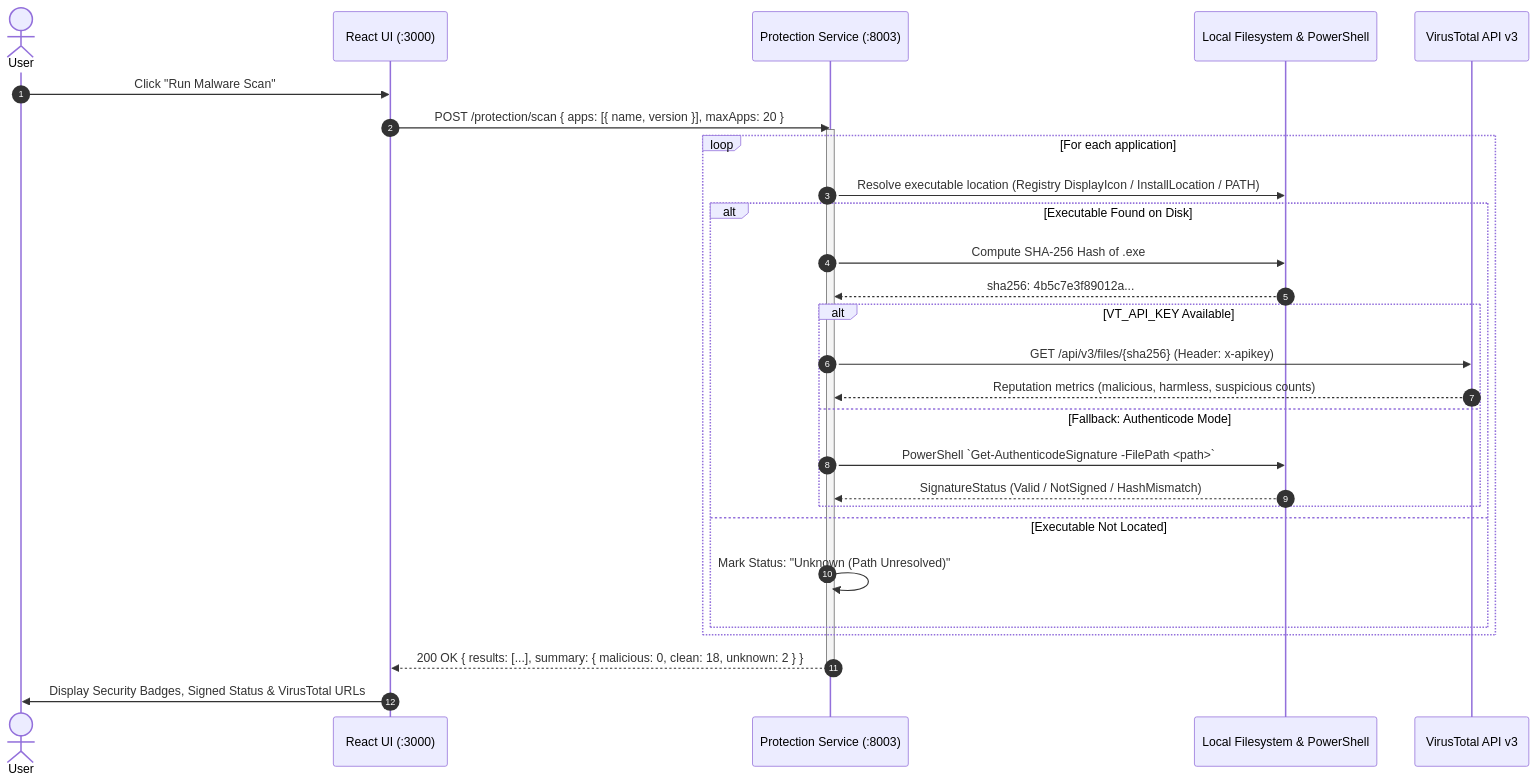
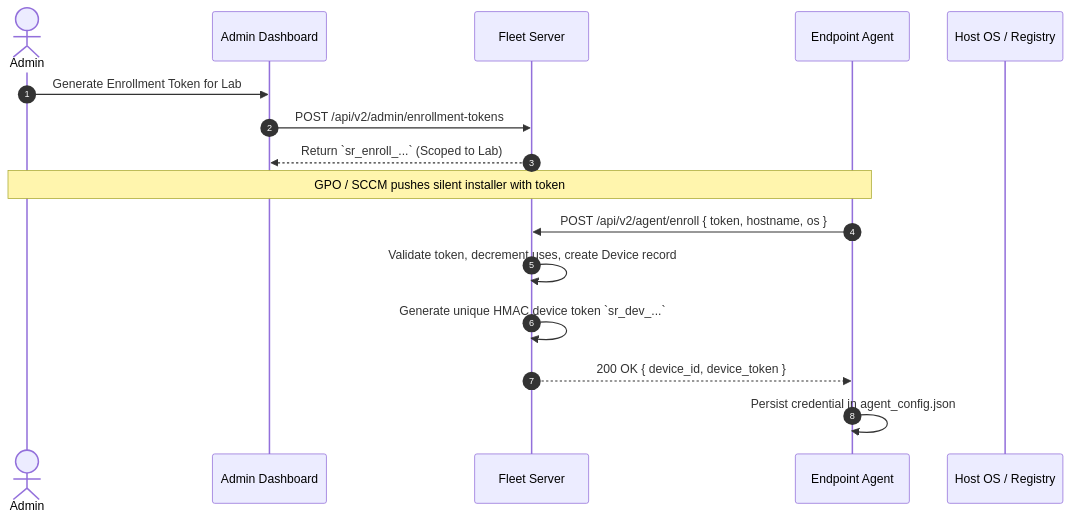
Before and after one commit to Darksider70-yep/System_Revamp: the second of 4 diagrams in docs/architecture.md, drawn with Mermaid. The commit also changed other lines of this file and 42 other files, not shown here.

Commit message:
feat: initialize core agent collectors, server API, and admin dashboard for system revamp v2.0

````diff
--- a/docs/architecture.md
+++ b/docs/architecture.md
@@ -193,35 +56,20 @@
 ```mermaid
 sequenceDiagram
     autonumber
-    actor User
-    participant UI as React UI (:3000)
-    participant ProtSvc as Protection Service (:8003)
-    participant OS as Local Filesystem & PowerShell
-    participant VT as VirusTotal API v3
+    actor Admin
+    participant Dashboard as Admin Dashboard
+    participant Server as Fleet Server
+    participant Agent as Endpoint Agent
+    participant OS as Host OS / Registry
 
-    User->>UI: Click "Run Malware Scan"
-    UI->>ProtSvc: POST /protection/scan { apps: [{ name, version }], maxApps: 20 }
-    activate ProtSvc
-
-    loop For each application
-        ProtSvc->>OS: Resolve executable location (Registry DisplayIcon / InstallLocation / PATH)
-        alt Executable Found on Disk
-            ProtSvc->>OS: Compute SHA-256 Hash of .exe
-            OS-->>ProtSvc: sha256: 4b5c7e3f89012a...
-            
-            alt VT_API_KEY Available
-                ProtSvc->>VT: GET /api/v3/files/{sha256} (Header: x-apikey)
-                VT-->>ProtSvc: Reputation metrics (malicious, harmless, suspicious counts)
-            else Fallback: Authenticode Mode
-                ProtSvc->>OS: PowerShell `Get-AuthenticodeSignature -FilePath <path>`
-                OS-->>ProtSvc: SignatureStatus (Valid / NotSigned / HashMismatch)
-            end
-        else Executable Not Located
-            ProtSvc->>ProtSvc: Mark Status: "Unknown (Path Unresolved)"
-        end
-    end
-
-    ProtSvc-->>UI: 200 OK { results: [...], summary: { malicious: 0, clean: 18, unknown: 2 } }
-    deactivate ProtSvc
-    UI->>User: Display Security Badges, Signed Status & VirusTotal URLs
+    Admin->>Dashboard: Generate Enrollment Token for Lab
+    Dashboard->>Server: POST /api/v2/admin/enrollment-tokens
+    Server-->>Dashboard: Return `sr_enroll_...` (Scoped to Lab)
+    
+    Note over Admin,Agent: GPO / SCCM pushes silent installer with token
+    Agent->>Server: POST /api/v2/agent/enroll { token, hostname, os }
+    Server->>Server: Validate token, decrement uses, create Device record
+    Server->>Server: Generate unique HMAC device token `sr_dev_...`
+    Server-->>Agent: 200 OK { device_id, device_token }
+    Agent->>Agent: Persist credential in agent_config.json
 ```
````
